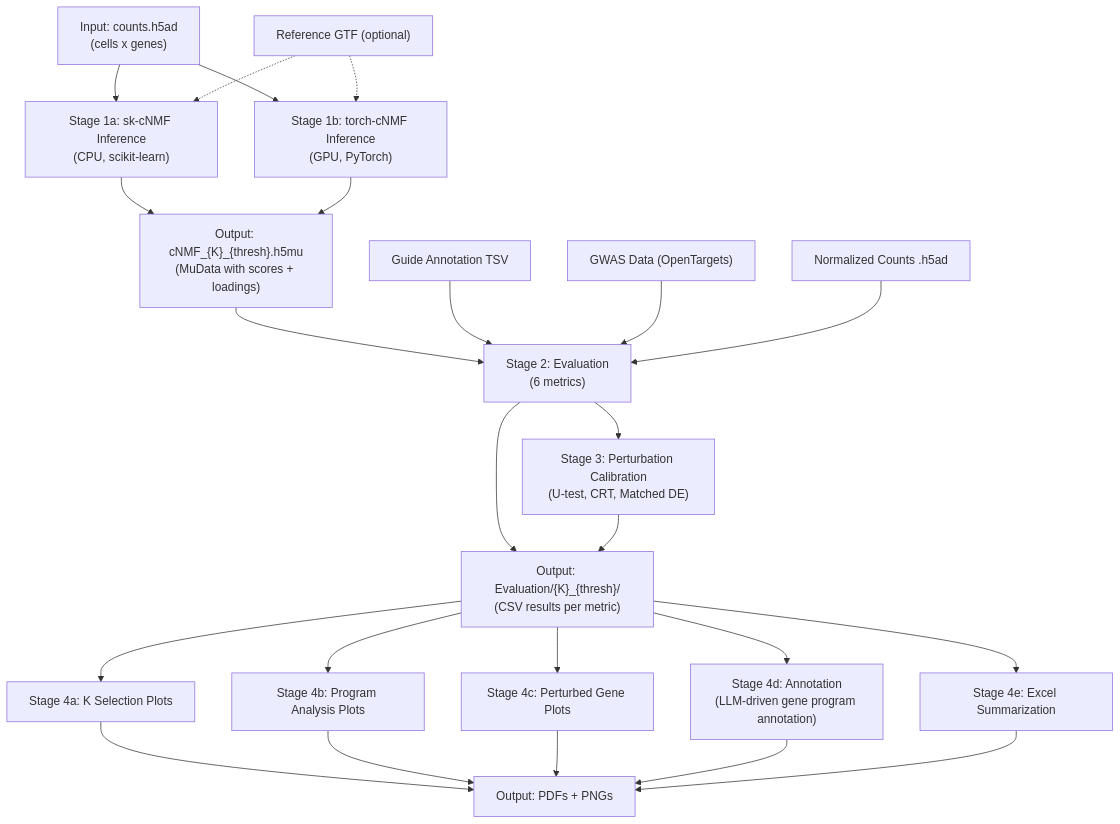
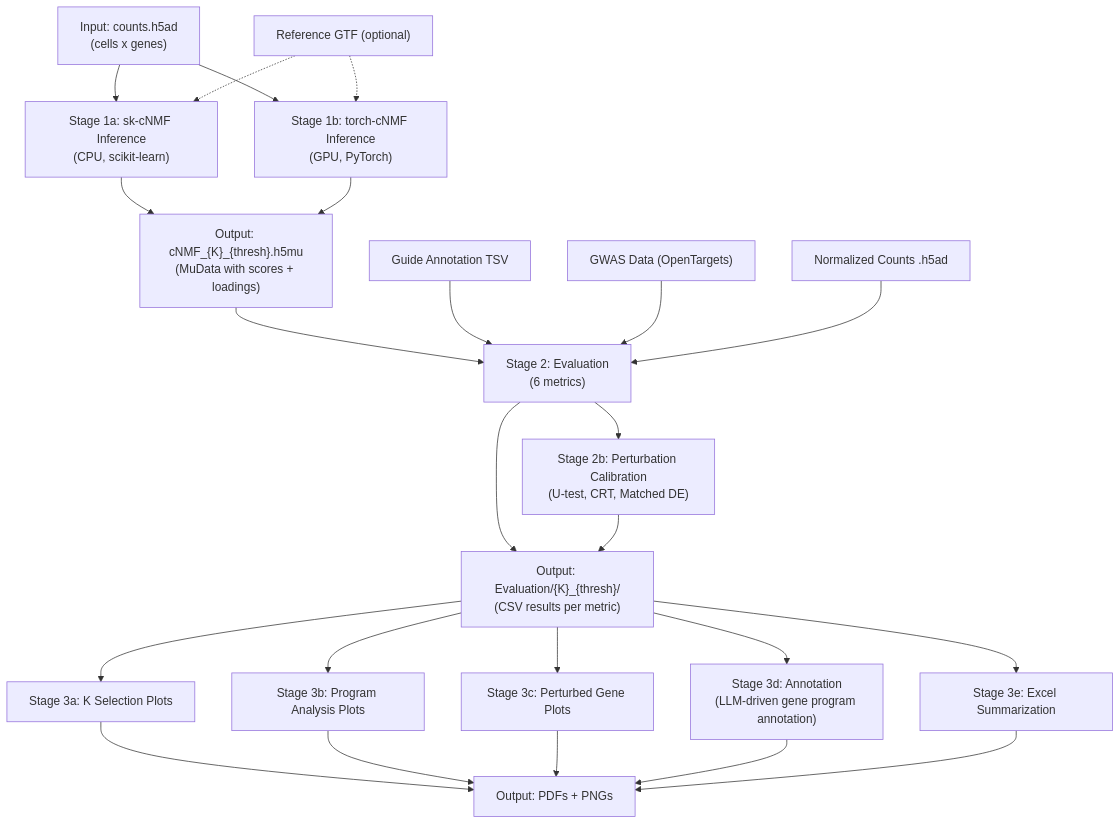
One commit to EngreitzLab/PerturbNMF changed the diagram in CLAUDE.md. Above: the diagram before and after it, drawn with Mermaid. The commit also changed 1 other file, not shown here.

Commit message:
Renumber stages: Calibration under Stage 2, Interpretation as Stage 3

````diff
--- a/CLAUDE.md
+++ b/CLAUDE.md
@@ -9,26 +9,26 @@
 ```mermaid
 flowchart TD
     A["Input: counts.h5ad\n(cells x genes)"] --> B["Stage 1a: sk-cNMF Inference\n(CPU, scikit-learn)"]
     A --> C["Stage 1b: torch-cNMF Inference\n(GPU, PyTorch)"]
     B --> D["Output: cNMF_{K}_{thresh}.h5mu\n(MuData with scores + loadings)"]
     C --> D
     D --> E["Stage 2: Evaluation\n(6 metrics)"]
     E --> F["Output: Evaluation/{K}_{thresh}/\n(CSV results per metric)"]
-    E --> G["Stage 3: Perturbation Calibration\n(U-test, CRT, Matched DE)"]
+    E --> G["Stage 2b: Perturbation Calibration\n(U-test, CRT, Matched DE)"]
     G --> F
-    F --> I["Stage 4a: K Selection Plots"]
-    F --> J["Stage 4b: Program Analysis Plots"]
-    F --> K["Stage 4c: Perturbed Gene Plots"]
+    F --> I["Stage 3a: K Selection Plots"]
+    F --> J["Stage 3b: Program Analysis Plots"]
+    F --> K["Stage 3c: Perturbed Gene Plots"]
     I --> L["Output: PDFs + PNGs"]
     J --> L
     K --> L
-    F --> Q["Stage 4d: Annotation\n(LLM-driven gene program annotation)"]
+    F --> Q["Stage 3d: Annotation\n(LLM-driven gene program annotation)"]
     Q --> L
-    F --> S["Stage 4e: Excel Summarization"]
+    F --> S["Stage 3e: Excel Summarization"]
     S --> L
     M["Guide Annotation TSV"] --> E
     N["GWAS Data (OpenTargets)"] --> E
     O["Normalized Counts .h5ad"] --> E
     P["Reference GTF (optional)"] -.-> B
     P -.-> C
 ```
````
